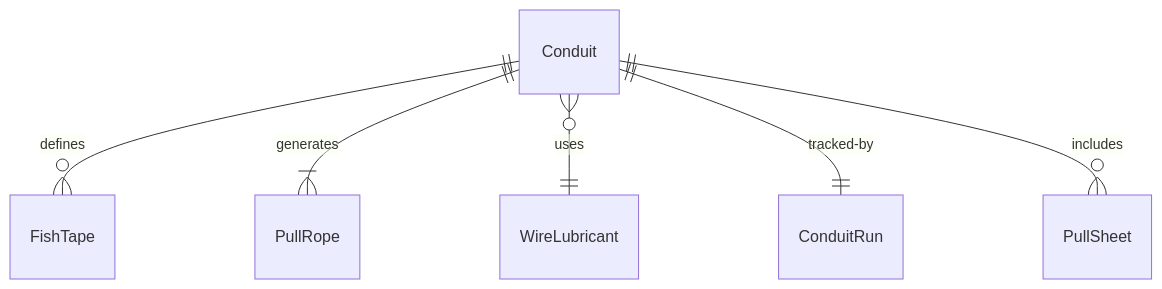
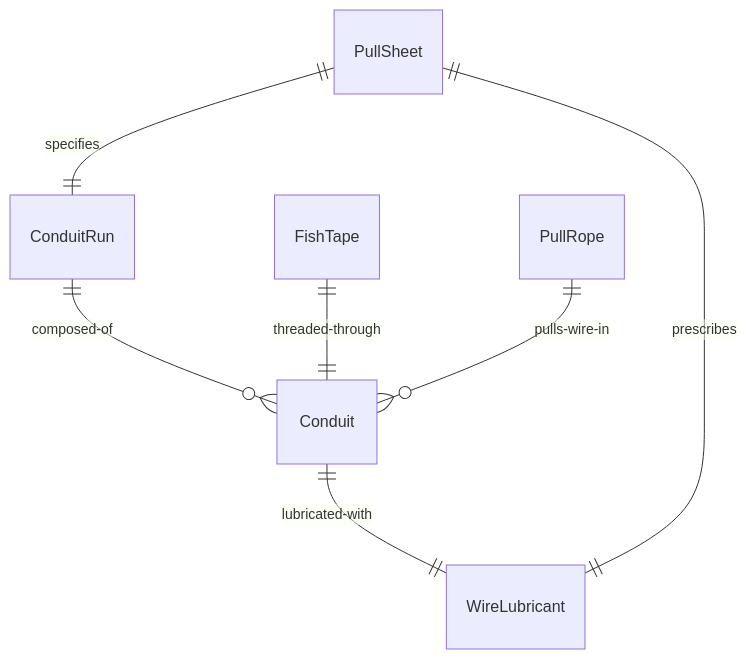
One commit to dot-org-ai/tasks.org.ai changed the first of 4 diagrams in HandlingAndMovingObjects/ConnectComponentsOrSupplyLinesToEquipmentOrTools/ThreadWireCableThroughDucts.mdx. Above: the diagram before and after it, drawn with Mermaid. The commit also changed other lines of this file and 515 other files, not shown here.

````diff
--- a/HandlingAndMovingObjects/ConnectComponentsOrSupplyLinesToEquipmentOrTools/ThreadWireCableThroughDucts.mdx
+++ b/HandlingAndMovingObjects/ConnectComponentsOrSupplyLinesToEquipmentOrTools/ThreadWireCableThroughDucts.mdx
@@ -87,8 +87,9 @@
 ```mermaid
 erDiagram
-    Conduit ||--o{ FishTape : "defines"
-    Conduit ||--|{ PullRope : "generates"
-    Conduit }o--|| WireLubricant : "uses"
-    Conduit ||--|| ConduitRun : "tracked-by"
-    Conduit ||--o{ PullSheet : "includes"
+    PullSheet ||--|| ConduitRun : "specifies"
+    ConduitRun ||--o{ Conduit : "composed-of"
+    FishTape ||--|| Conduit : "threaded-through"
+    PullRope ||--o{ Conduit : "pulls-wire-in"
+    Conduit ||--|| WireLubricant : "lubricated-with"
+    PullSheet ||--|| WireLubricant : "prescribes"
 ```
````
